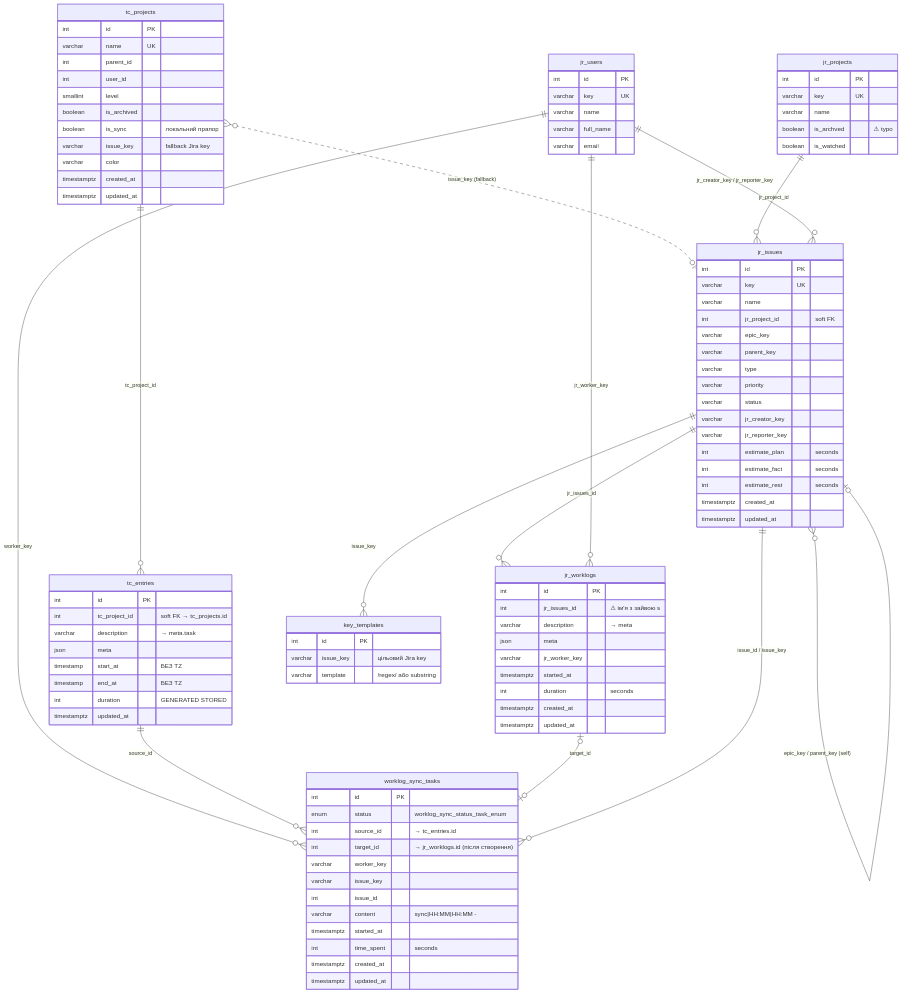
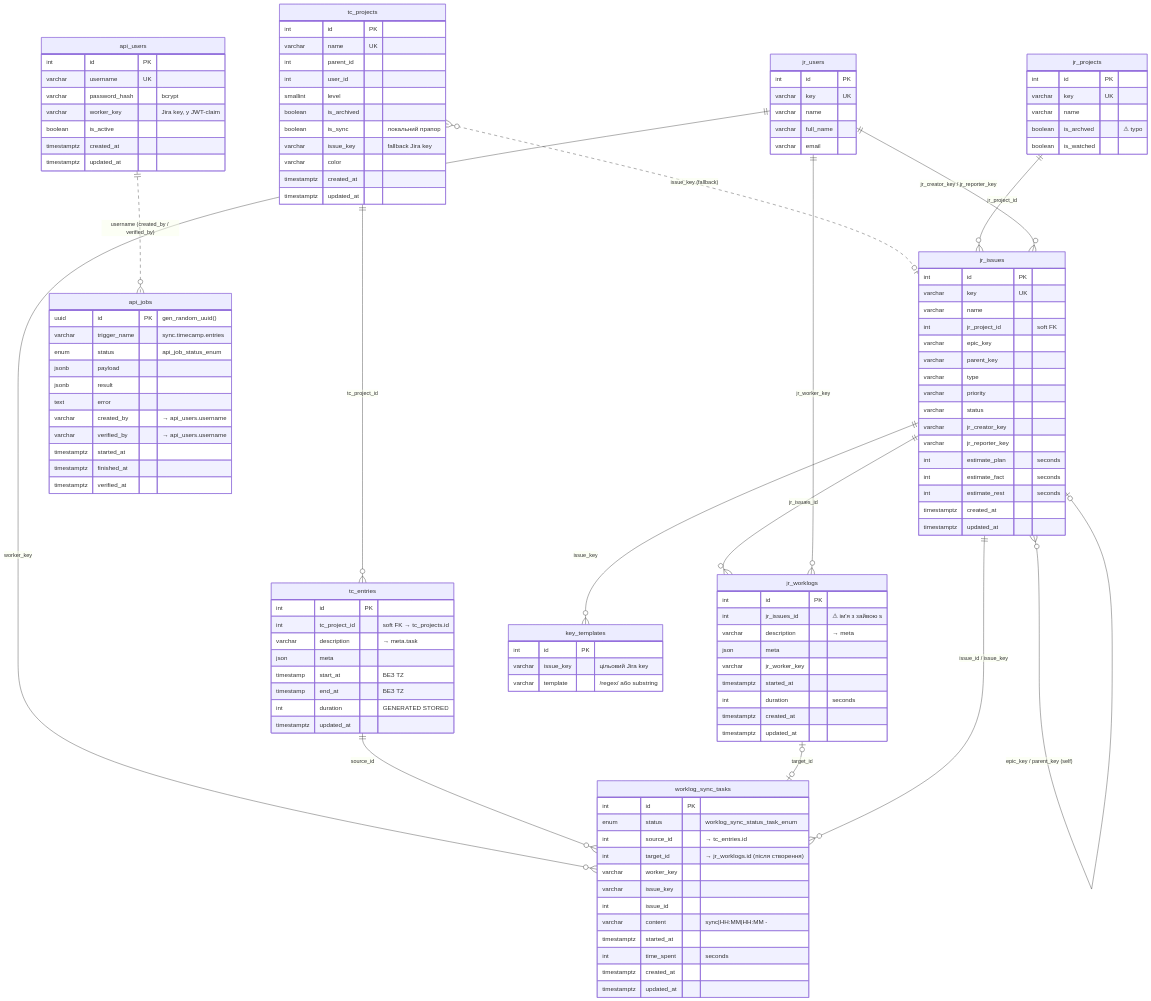
Before and after one commit to py-pack/SyncWorkCalendar: the first of 4 diagrams in docs/technical/database/erd.md, drawn with Mermaid. The commit also changed other lines of this file and 41 other files, not shown here.

````diff
--- a/docs/technical/database/erd.md
+++ b/docs/technical/database/erd.md
@@ -123,4 +123,30 @@
         varchar issue_key "цільовий Jira key"
         varchar template "/regex/ або substring"
     }
+
+    api_users ||..o{ api_jobs : "username (created_by / verified_by)"
+
+    api_users {
+        int id PK
+        varchar username UK
+        varchar password_hash "bcrypt"
+        varchar worker_key "Jira key, у JWT-claim"
+        boolean is_active
+        timestamptz created_at
+        timestamptz updated_at
+    }
+
+    api_jobs {
+        uuid id PK "gen_random_uuid()"
+        varchar trigger_name "sync.timecamp.entries"
+        enum status "api_job_status_enum"
+        jsonb payload
+        jsonb result
+        text error
+        varchar created_by "→ api_users.username"
+        varchar verified_by "→ api_users.username"
+        timestamptz started_at
+        timestamptz finished_at
+        timestamptz verified_at
+    }
 ```
````
